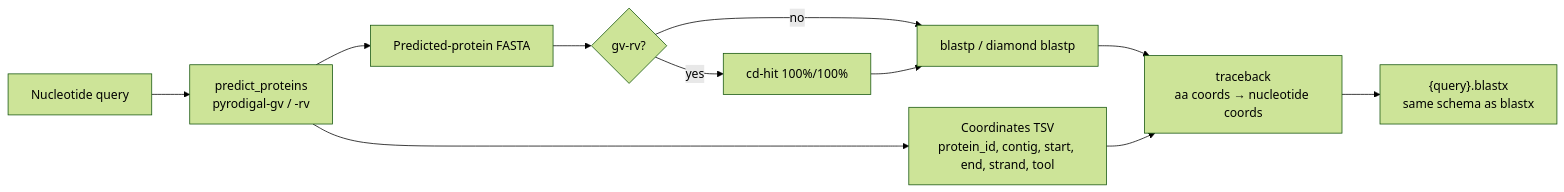
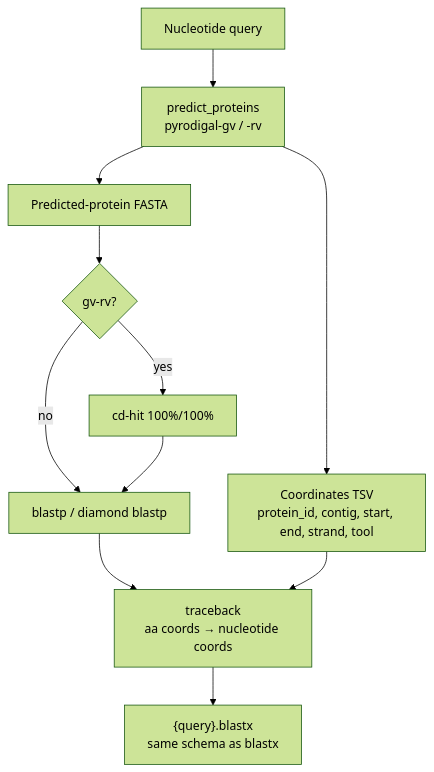
The diagram in docs/translation-methods.md (dezordi/EEfinder), drawn with Mermaid (forest theme) before and after one commit. The commit also changed 17 other files, not shown here.

````diff
--- a/docs/translation-methods.md
+++ b/docs/translation-methods.md
@@ -27,13 +27,13 @@
 ```{mermaid}
-flowchart LR
+flowchart TD
     A[Nucleotide query] --> B[predict_proteins<br/>pyrodigal-gv / -rv]
     B --> C[Predicted-protein FASTA]
     B --> D[Coordinates TSV<br/>protein_id, contig, start, end, strand, tool]
     C --> E{gv-rv?}
     E -- yes --> F[cd-hit 100%/100%]
     E -- no --> G[blastp / diamond blastp]
     F --> G
     G --> H[traceback<br/>aa coords → nucleotide coords]
     D --> H
     H --> I["{query}.blastx<br/>same schema as blastx"]
 ```
````
